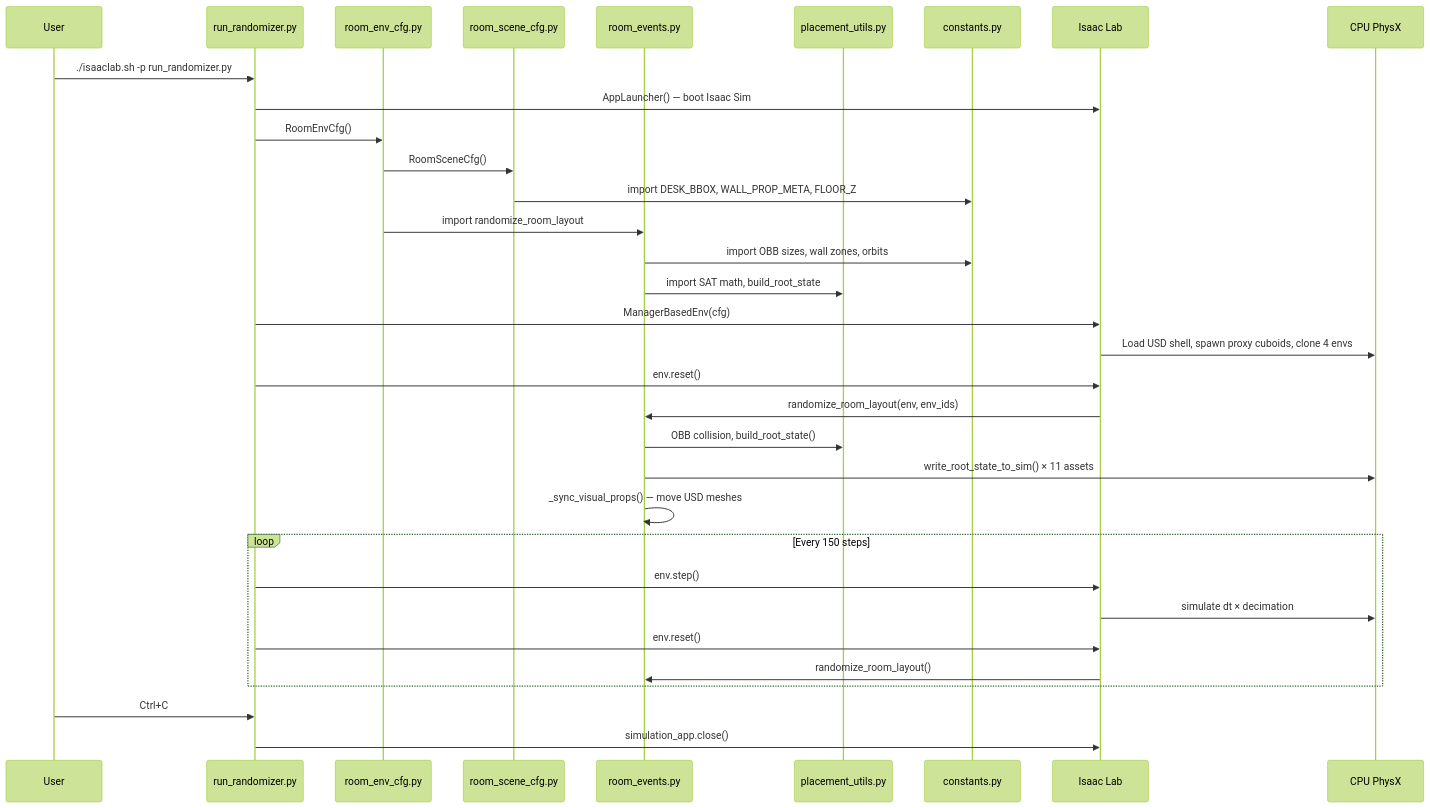
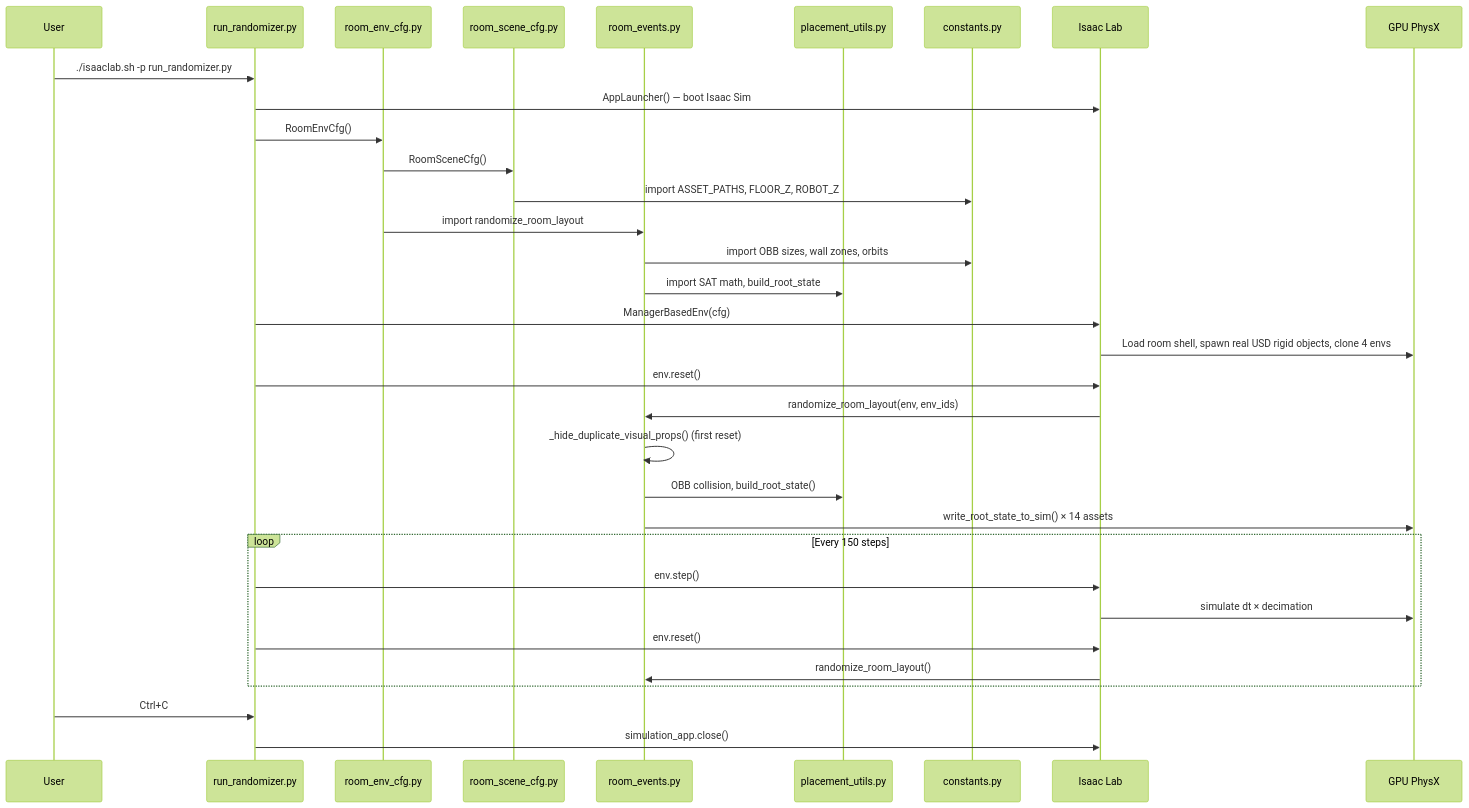
Before and after one commit to cezarioa/isaac-projects: the diagram in room_randomizer_lab/execution_flow.md, drawn with Mermaid (forest theme). The commit also changed other lines of this file and 14 other files, not shown here.

````diff
--- a/room_randomizer_lab/execution_flow.md
+++ b/room_randomizer_lab/execution_flow.md
@@ -230,36 +243,36 @@
 ```mermaid
 sequenceDiagram
     participant User
     participant run_randomizer.py
     participant room_env_cfg.py
     participant room_scene_cfg.py
     participant room_events.py
     participant placement_utils.py
     participant constants.py
     participant Isaac Lab
-    participant CPU PhysX
+    participant GPU PhysX
 
     User->>run_randomizer.py: ./isaaclab.sh -p run_randomizer.py
     run_randomizer.py->>Isaac Lab: AppLauncher() — boot Isaac Sim
     run_randomizer.py->>room_env_cfg.py: RoomEnvCfg()
     room_env_cfg.py->>room_scene_cfg.py: RoomSceneCfg()
-    room_scene_cfg.py->>constants.py: import DESK_BBOX, WALL_PROP_META, FLOOR_Z
+    room_scene_cfg.py->>constants.py: import ASSET_PATHS, FLOOR_Z, ROBOT_Z
     room_env_cfg.py->>room_events.py: import randomize_room_layout
     room_events.py->>constants.py: import OBB sizes, wall zones, orbits
     room_events.py->>placement_utils.py: import SAT math, build_root_state
     run_randomizer.py->>Isaac Lab: ManagerBasedEnv(cfg)
-    Isaac Lab->>CPU PhysX: Load USD shell, spawn proxy cuboids, clone 4 envs
+    Isaac Lab->>GPU PhysX: Load room shell, spawn real USD rigid objects, clone 4 envs
     run_randomizer.py->>Isaac Lab: env.reset()
     Isaac Lab->>room_events.py: randomize_room_layout(env, env_ids)
+    room_events.py->>room_events.py: _hide_duplicate_visual_props() (first reset)
     room_events.py->>placement_utils.py: OBB collision, build_root_state()
-    room_events.py->>CPU PhysX: write_root_state_to_sim() × 11 assets
-    room_events.py->>room_events.py: _sync_visual_props() — move USD meshes
+    room_events.py->>GPU PhysX: write_root_state_to_sim() × 14 assets
     loop Every 150 steps
         run_randomizer.py->>Isaac Lab: env.step()
-        Isaac Lab->>CPU PhysX: simulate dt × decimation
+        Isaac Lab->>GPU PhysX: simulate dt × decimation
         run_randomizer.py->>Isaac Lab: env.reset()
         Isaac Lab->>room_events.py: randomize_room_layout()
     end
     User->>run_randomizer.py: Ctrl+C
     run_randomizer.py->>Isaac Lab: simulation_app.close()
 ```
````
